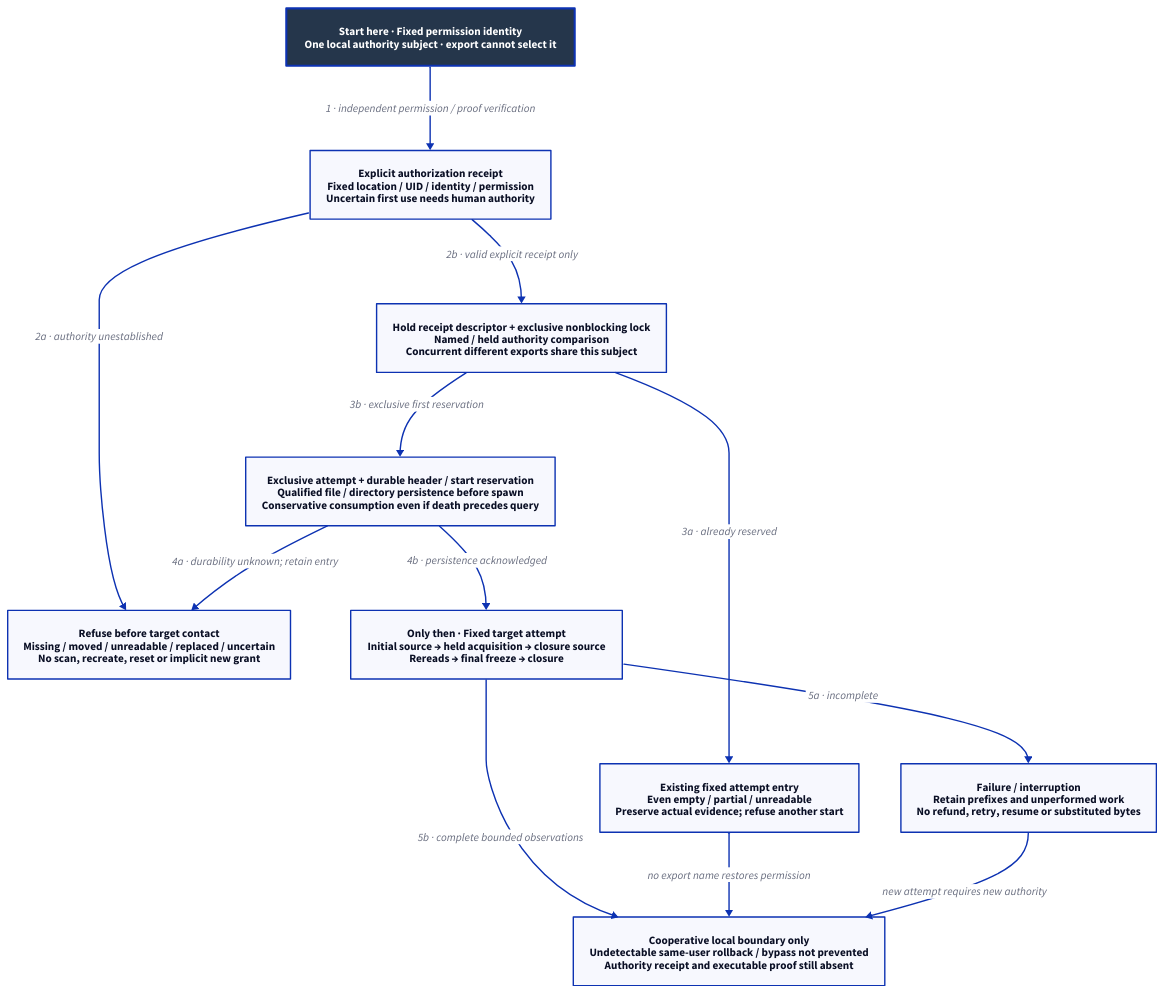
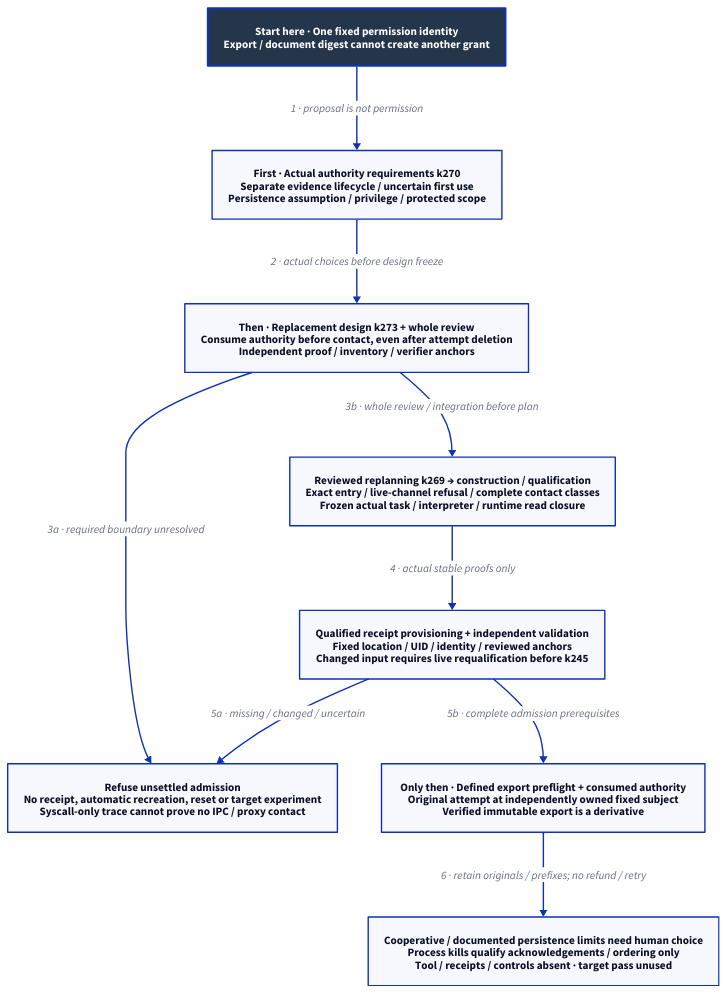
Before and after one commit to Linkuistics/Koine: the diagram in docs/design/architecture/native-reference-admission.d2, drawn with D2. The commit also changed 45 other files, not shown here.

Commit message:
Integrate admission review and sequence replacement design (reference-evidence-admission-k272)

```diff
--- a/docs/design/architecture/native-reference-admission.d2
+++ b/docs/design/architecture/native-reference-admission.d2
@@ -1,25 +1,21 @@
-# Proposed cooperative admission; receipt/first-use authority unresolved, no pass spent.
+# Required repair boundary; no selected receipt protocol, authority or target pass.
 direction: down
 classes: {
   start: {style: {fill: "#25364B"; font-color: "#FFFFFF"; bold: true; stroke-width: 3}}
 }
-Start: "Start here · Fixed permission identity\nOne local authority subject · export cannot select it" {class: start}
-Receipt: "Explicit authorization receipt\nFixed location / UID / identity / permission\nUncertain first use needs human authority"
-Reject: "Refuse before target contact\nMissing / moved / unreadable / replaced / uncertain\nNo scan, recreate, reset or implicit new grant"
-Lock: "Hold receipt descriptor + exclusive nonblocking lock\nNamed / held authority comparison\nConcurrent different exports share this subject"
-Prior: "Existing fixed attempt entry\nEven empty / partial / unreadable\nPreserve actual evidence; refuse another start"
-Reserve: "Exclusive attempt + durable header / start reservation\nQualified file / directory persistence before spawn\nConservative consumption even if death precedes query"
-Contact: "Only then · Fixed target attempt\nInitial source → held acquisition → closure source\nRereads → final freeze → closure"
-Failure: "Failure / interruption\nRetain prefixes and unperformed work\nNo refund, retry, resume or substituted bytes"
-Limit: "Cooperative local boundary only\nUndetectable same-user rollback / bypass not prevented\nAuthority receipt and executable proof still absent"
-Start -> Receipt: "1 · independent permission / proof verification"
-Receipt -> Reject: "2a · authority unestablished"
-Receipt -> Lock: "2b · valid explicit receipt only"
-Lock -> Prior: "3a · already reserved"
-Lock -> Reserve: "3b · exclusive first reservation"
-Reserve -> Reject: "4a · durability unknown; retain entry"
-Reserve -> Contact: "4b · persistence acknowledged"
-Contact -> Failure: "5a · incomplete"
-Contact -> Limit: "5b · complete bounded observations"
-Prior -> Limit: "no export name restores permission"
-Failure -> Limit: "new attempt requires new authority"
+Start: "Start here · One fixed permission identity\nExport / document digest cannot create another grant" {class: start}
+Human: "First · Actual authority requirements k270\nSeparate evidence lifecycle / uncertain first use\nPersistence assumption / privilege / protected scope"
+Repair: "Then · Replacement design k273 + whole review\nConsume authority before contact, even after attempt deletion\nIndependent proof / inventory / verifier anchors"
+Unavailable: "Refuse unsettled admission\nNo receipt, automatic recreation, reset or target experiment\nSyscall-only trace cannot prove no IPC / proxy contact"
+Qualify: "Reviewed replanning k269 → construction / qualification\nExact entry / live-channel refusal / complete contact classes\nFrozen actual task / interpreter / runtime read closure"
+Provision: "Qualified receipt provisioning + independent validation\nFixed location / UID / identity / reviewed anchors\nChanged input requires live requalification before k245"
+Attempt: "Only then · Defined export preflight + consumed authority\nOriginal attempt at independently owned fixed subject\nVerified immutable export is a derivative"
+Limit: "Cooperative / documented persistence limits need human choice\nProcess kills qualify acknowledgements / ordering only\nTool / receipts / controls absent · target pass unused"
+Start -> Human: "1 · proposal is not permission"
+Human -> Repair: "2 · actual choices before design freeze"
+Repair -> Unavailable: "3a · required boundary unresolved"
+Repair -> Qualify: "3b · whole review / integration before plan"
+Qualify -> Provision: "4 · actual stable proofs only"
+Provision -> Unavailable: "5a · missing / changed / uncertain"
+Provision -> Attempt: "5b · complete admission prerequisites"
+Attempt -> Limit: "6 · retain originals / prefixes; no refund / retry"
```
